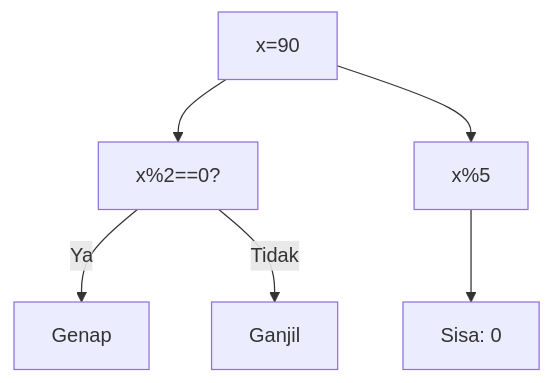
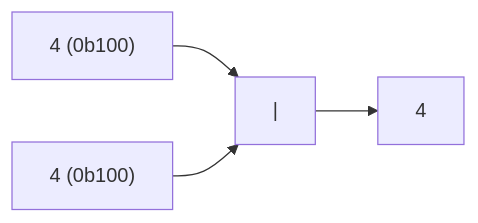
Before and after one commit to amnahwaida/OSNK_INF_PREP: the seventh of 25 diagrams in part-c-pemahaman-cpp/06-bitwise/latihan/set-04.md, drawn with Mermaid. The commit also changed other lines of this file and 71 other files, not shown here.

````diff
--- a/part-c-pemahaman-cpp/06-bitwise/latihan/set-04.md
+++ b/part-c-pemahaman-cpp/06-bitwise/latihan/set-04.md
@@ -112,8 +180,6 @@
 ```mermaid
-graph TD
-A["x=90"] --> B["x%2==0?"]
-B -- Ya --> C["Genap"]
-B -- Tidak --> D["Ganjil"]
-A --> E["x%5"]
-E --> F["Sisa: 0"]
+graph LR
+A["4 (0b100)"] --> C["|"]
+B["4 (0b100)"] --> C
+C --> D["4"]
 ```
````
